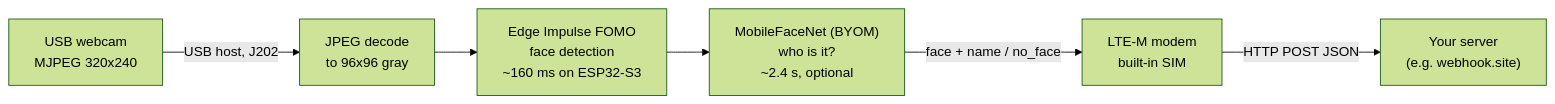
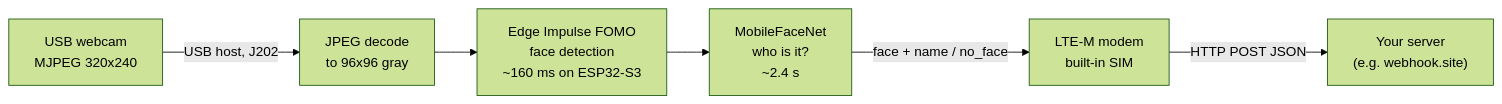
The diagram in README.md (mferuscomelo/f1-facial-recognition), drawn with Mermaid (forest theme) before and after one commit. The commit also changed other lines of this file and 1421 other files, not shown here.

````diff
--- a/README.md
+++ b/README.md
@@ -12,8 +15,8 @@
 ```mermaid
 flowchart LR
     cam["USB webcam<br/>MJPEG 320x240"] -->|USB host, J202| dec["JPEG decode<br/>to 96x96 gray"]
     dec --> ai["Edge Impulse FOMO<br/>face detection<br/>~160 ms on ESP32-S3"]
-    ai --> id["MobileFaceNet (BYOM)<br/>who is it?<br/>~2.4 s, optional"]
+    ai --> id["MobileFaceNet<br/>who is it?<br/>~2.4 s"]
     id -->|"face + name / no_face"| lte["LTE-M modem<br/>built-in SIM"]
     lte -->|HTTP POST JSON| cloud["Your server<br/>(e.g. webhook.site)"]
 ```
````
